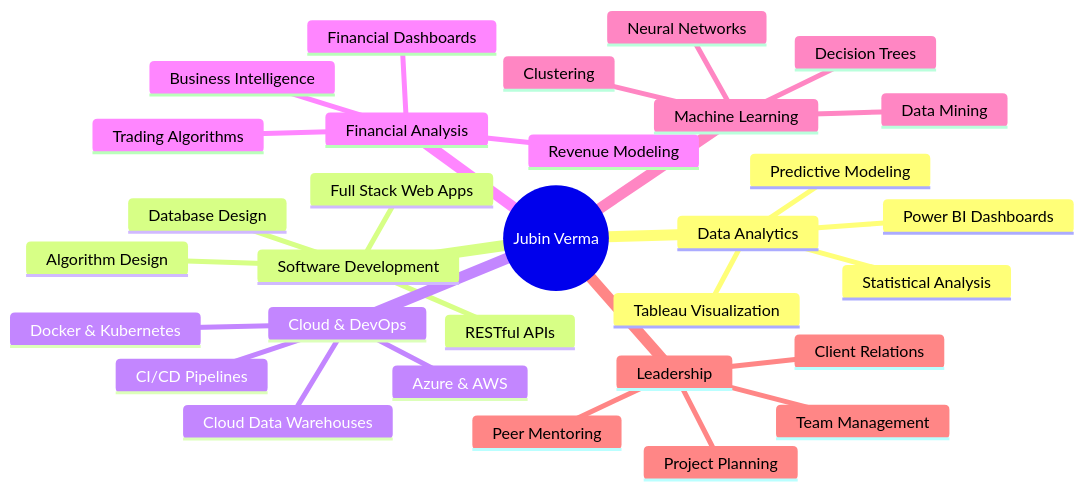
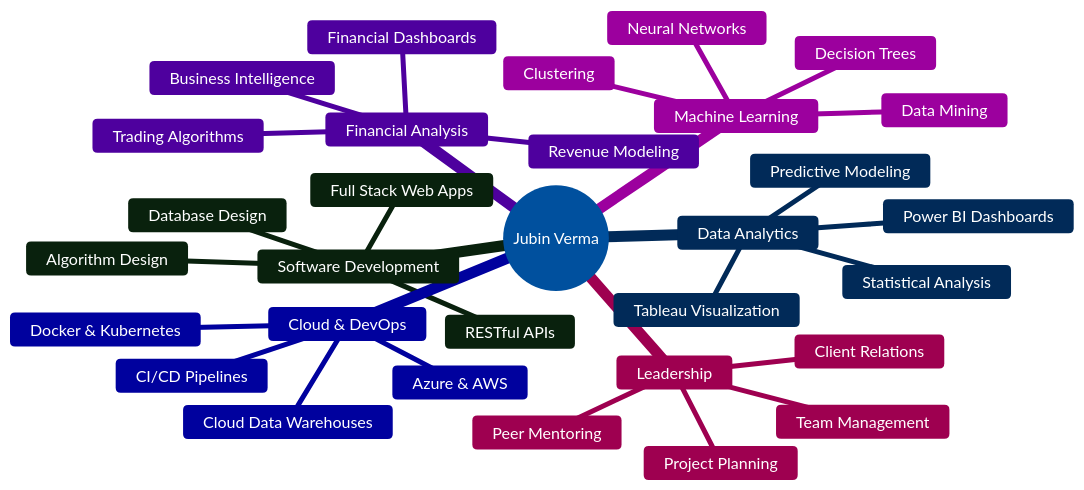
The diagram in README.md (JubinVerma/JubinVerma), drawn with Mermaid before and after one commit. The commit also changed other lines of this file, not shown here.

````diff
--- a/README.md
+++ b/README.md
@@ -324,34 +364,35 @@
 ```mermaid
+%%{init: {'theme':'base', 'themeVariables': { 'primaryColor':'#1e90ff','primaryTextColor':'#fff','primaryBorderColor':'#1e90ff','lineColor':'#58a6ff','secondaryColor':'#0366d6','tertiaryColor':'#238636','fontSize':'16px'}}}%%
 mindmap
   root((Jubin Verma))
     Data Analytics
       Power BI Dashboards
       Tableau Visualization
       Statistical Analysis
       Predictive Modeling
     Software Development
       Full Stack Web Apps
       RESTful APIs
       Database Design
       Algorithm Design
     Cloud & DevOps
       Azure & AWS
       CI/CD Pipelines
       Docker & Kubernetes
       Cloud Data Warehouses
     Financial Analysis
       Trading Algorithms
       Revenue Modeling
       Financial Dashboards
       Business Intelligence
     Machine Learning
       Clustering
       Neural Networks
       Decision Trees
       Data Mining
     Leadership
       Team Management
       Peer Mentoring
       Project Planning
       Client Relations
 ```
````
